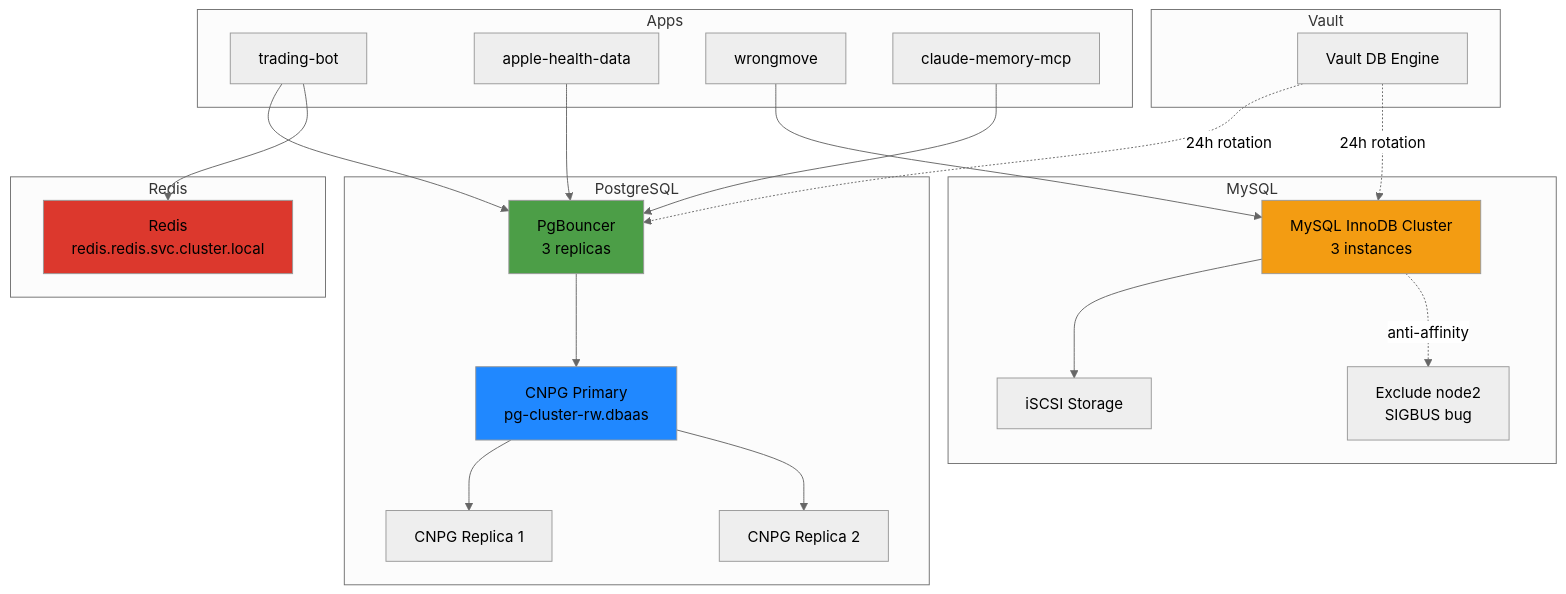
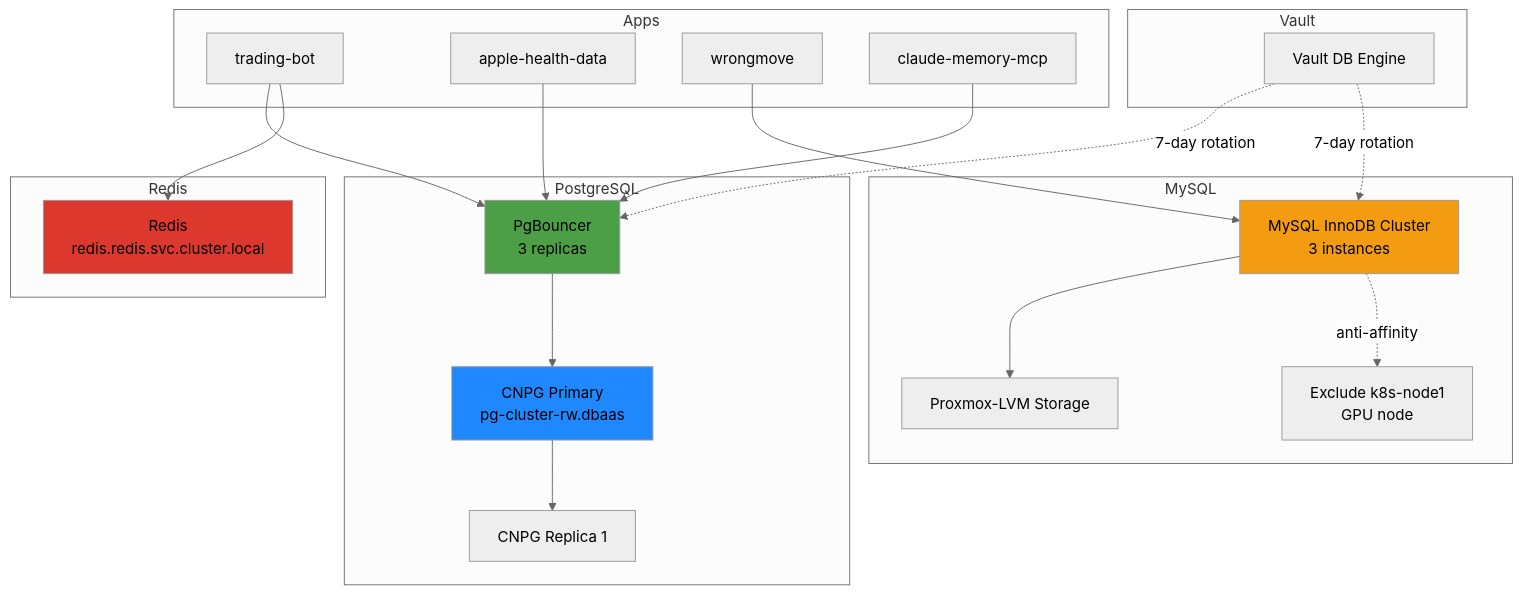
The diagram in docs/architecture/databases.md (ViktorBarzin/infra), drawn with Mermaid (neutral theme) before and after one commit. The commit also changed other lines of this file and 13 other files, not shown here.

First line of the commit message:
docs: comprehensive audit and update of all architecture docs and runbooks [ci skip]

````diff
--- a/docs/architecture/databases.md
+++ b/docs/architecture/databases.md
@@ -9,39 +9,38 @@
 ```mermaid
 graph TB
     subgraph Apps
         A1[trading-bot]
         A2[apple-health-data]
         A3[wrongmove]
         A4[claude-memory-mcp]
     end
 
     subgraph PostgreSQL
         A1 --> PGB[PgBouncer<br/>3 replicas]
         A2 --> PGB
         A4 --> PGB
         PGB --> CNPG_RW[CNPG Primary<br/>pg-cluster-rw.dbaas]
         CNPG_RW --> CNPG_R1[CNPG Replica 1]
-        CNPG_RW --> CNPG_R2[CNPG Replica 2]
     end
 
     subgraph MySQL
         A3 --> MYC[MySQL InnoDB Cluster<br/>3 instances]
-        MYC --> ISCSI1[iSCSI Storage]
-        MYC -.anti-affinity.-> NODE2[Exclude node2<br/>SIGBUS bug]
+        MYC --> LVM1[Proxmox-LVM Storage]
+        MYC -.anti-affinity.-> NODE1[Exclude k8s-node1<br/>GPU node]
     end
 
     subgraph Redis
         A1 --> RED[Redis<br/>redis.redis.svc.cluster.local]
     end
 
     subgraph Vault
         V[Vault DB Engine]
-        V -.24h rotation.-> PGB
-        V -.24h rotation.-> MYC
+        V -.7-day rotation.-> PGB
+        V -.7-day rotation.-> MYC
     end
 
     style CNPG_RW fill:#2088ff
     style PGB fill:#4c9e47
     style MYC fill:#f39c12
     style RED fill:#dc382d
 ```
````
